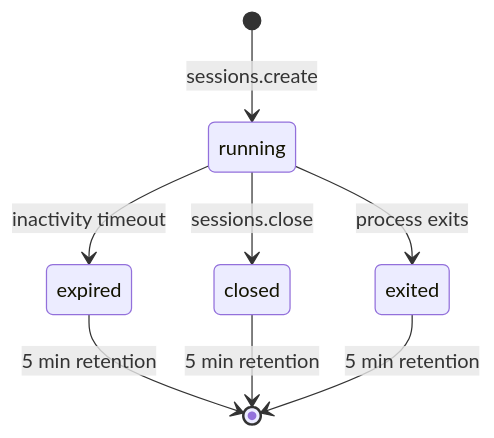
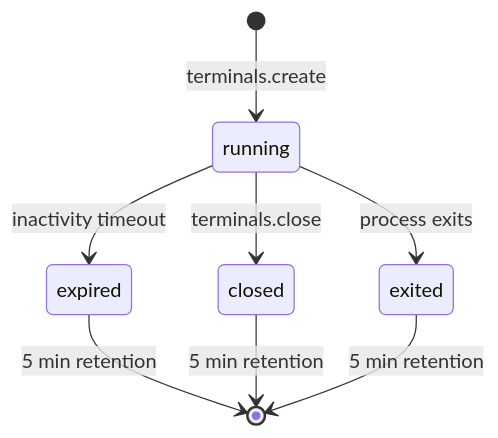
The second of 4 diagrams in NEW_SPEC.md (smithery-ai/flamecast), drawn with Mermaid before and after one commit. The commit also changed other lines of this file and 1 other file, not shown here.

````diff
--- a/NEW_SPEC.md
+++ b/NEW_SPEC.md
@@ -369,10 +369,10 @@
 ```mermaid
 stateDiagram-v2
-    [*] --> running : sessions.create
+    [*] --> running : terminals.create
     running --> expired : inactivity timeout
-    running --> closed : sessions.close
+    running --> closed : terminals.close
     running --> exited : process exits
     expired --> [*] : 5 min retention
     closed --> [*] : 5 min retention
     exited --> [*] : 5 min retention
 ```
````
